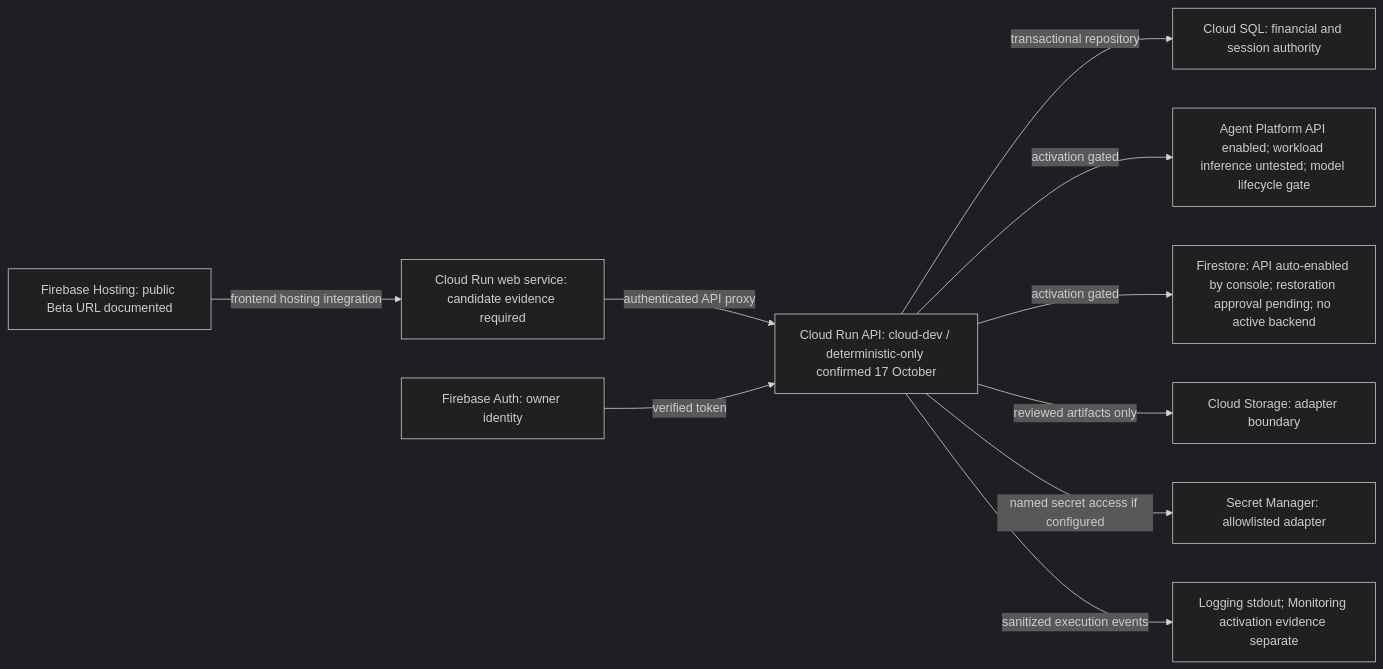
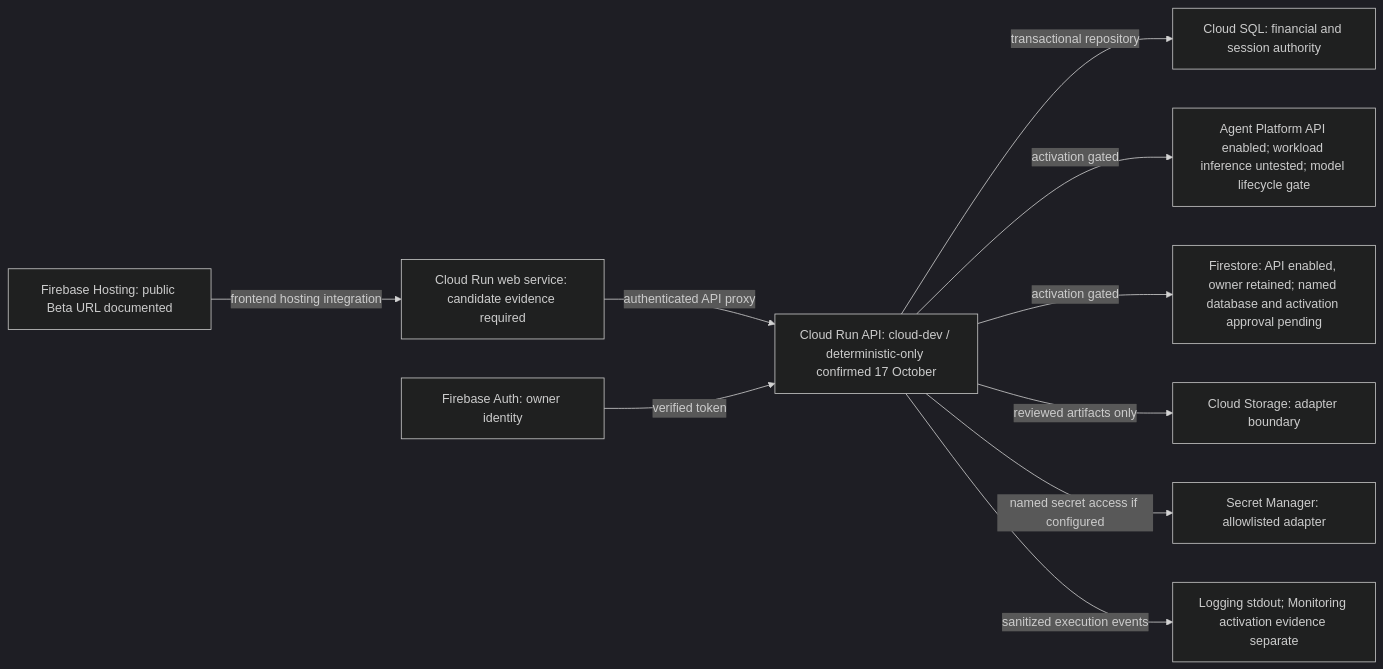
Before and after one commit to JEMathew/movers-and-ledgers: the diagram in docs/architecture-experience/source/google-cloud-deployment.mmd, drawn with Mermaid (dark theme). The commit also changed 25 other files, not shown here.

Commit message:
docs: retain approved API state and propose isolated Firestore provisioning

```diff
--- a/docs/architecture-experience/source/google-cloud-deployment.mmd
+++ b/docs/architecture-experience/source/google-cloud-deployment.mmd
@@ -1,20 +1,20 @@
 flowchart LR
   hosting["Firebase Hosting: public Beta URL documented"]
   web["Cloud Run web service: candidate evidence required"]
   api["Cloud Run API: cloud-dev / deterministic-only confirmed 17 October"]
   auth["Firebase Auth: owner identity"]
   sql["Cloud SQL: financial and session authority"]
   vertex["Agent Platform API enabled; workload inference untested; model lifecycle gate"]
-  firestore["Firestore: API auto-enabled by console; restoration approval pending; no active backend"]
+  firestore["Firestore: API enabled, owner retained; named database and activation approval pending"]
   gcs["Cloud Storage: adapter boundary"]
   secret["Secret Manager: allowlisted adapter"]
   logs["Logging stdout; Monitoring activation evidence separate"]
   hosting -->|"frontend hosting integration"| web
   web -->|"authenticated API proxy"| api
   auth -->|"verified token"| api
   api -->|"transactional repository"| sql
   api -->|"activation gated"| vertex
   api -->|"activation gated"| firestore
   api -->|"reviewed artifacts only"| gcs
   api -->|"named secret access if configured"| secret
   api -->|"sanitized execution events"| logs
```
